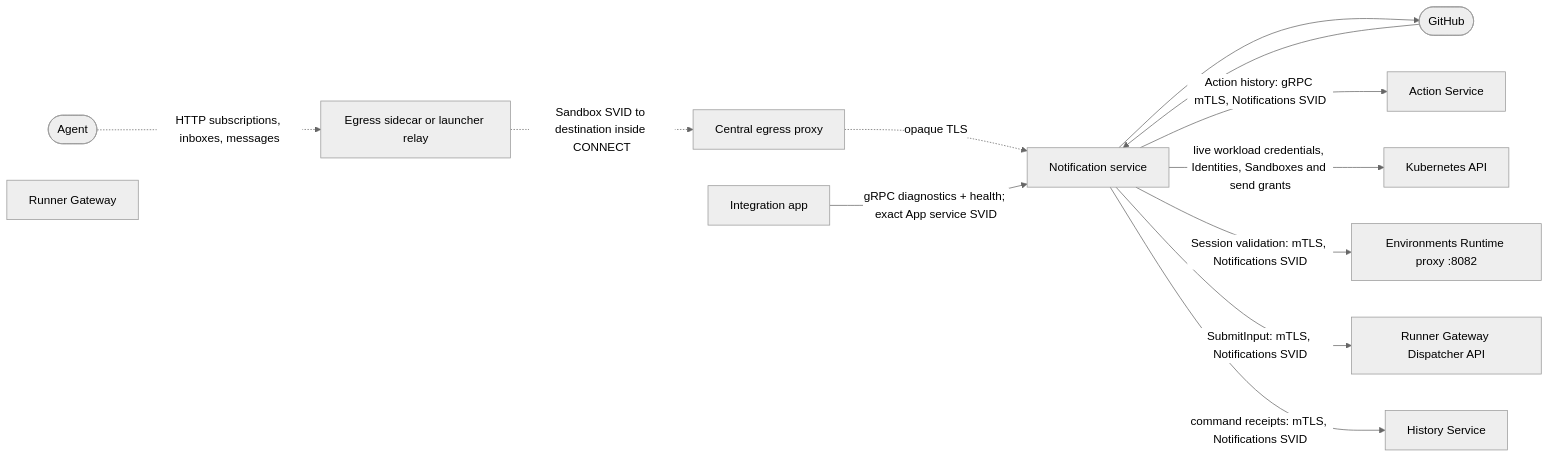
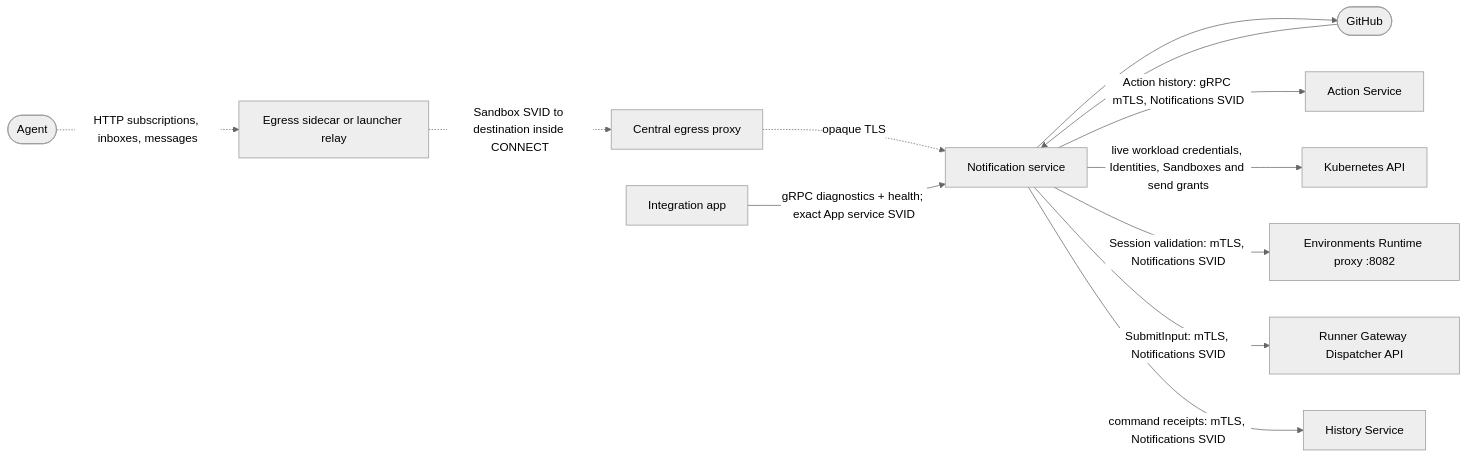
One commit to agentydragon/ducktape changed diagram 11 of 18 in agentplane/docs/system_overview.md. Above: the diagram before and after it, drawn with Mermaid (neutral theme). The commit also changed other lines of this file and 53 other files, not shown here.

````diff
--- a/agentplane/docs/system_overview.md
+++ b/agentplane/docs/system_overview.md
@@ -647,26 +642,25 @@
 ```mermaid
 flowchart LR
     agent([Agent])
     app[Integration app]
     github([GitHub])
     notifications[Notification service]
     actions[Action Service]
     k8s[Kubernetes API]
-    gateway[Runner Gateway]
     dispatcher[Runner Gateway Dispatcher API]
     history[History Service]
 
     sidecar[Egress sidecar or launcher relay]
     proxy[Central egress proxy]
     agent -.->|HTTP subscriptions, inboxes, messages| sidecar
     sidecar -.->|Sandbox SVID to destination inside CONNECT| proxy
     proxy -.->|opaque TLS| notifications
     app -->|gRPC diagnostics + health; exact App service SVID| notifications
     github --> notifications
     notifications --> github
     notifications -->|Action history: gRPC mTLS, Notifications SVID| actions
     notifications -->|live workload credentials, Identities, Sandboxes and send grants| k8s
     notifications -->|Session validation: mTLS, Notifications SVID| environments[Environments Runtime proxy :8082]
     notifications -->|SubmitInput: mTLS, Notifications SVID| dispatcher
     notifications -->|command receipts: mTLS, Notifications SVID| history
 ```
````
